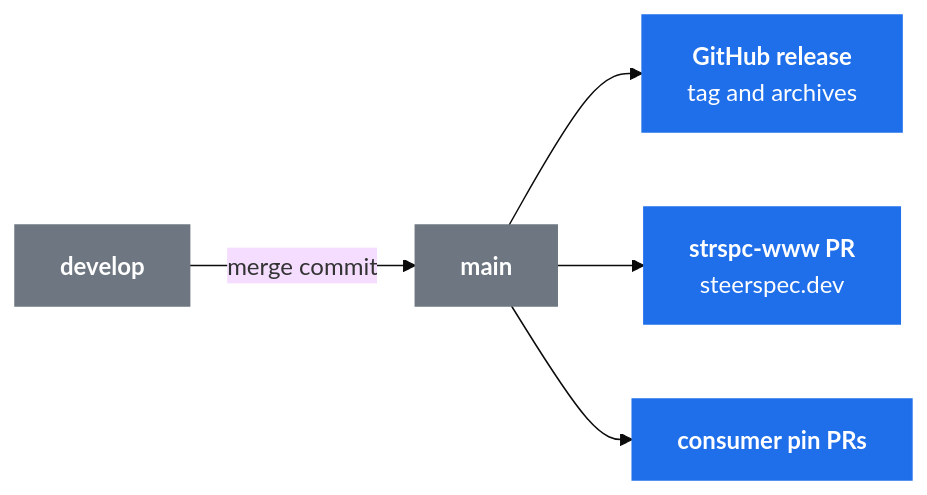
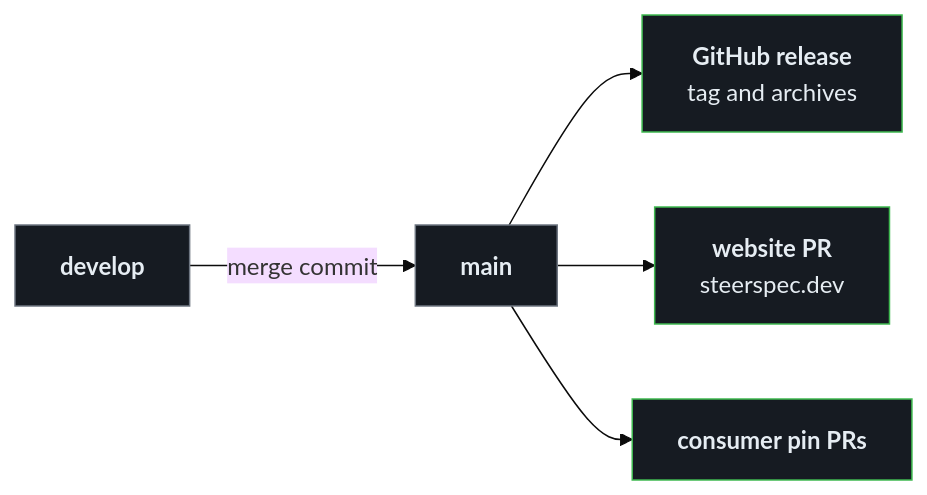
Before and after one commit to SteerSpec/strspc-rules: the third of 3 diagrams in README.md, drawn with Mermaid (base theme). The commit also changed other lines of this file, not shown here.

````diff
--- a/README.md
+++ b/README.md
@@ -181,18 +219,18 @@
 ```mermaid
 flowchart LR
     D["<b>develop</b>"]
     M["<b>main</b>"]
     G["<b>GitHub release</b><br/>tag and archives"]
-    W["<b>strspc-www PR</b><br/>steerspec.dev"]
+    W["<b>website PR</b><br/>steerspec.dev"]
     C["<b>consumer pin PRs</b>"]
 
     D -->|merge commit| M
     M --> G
     M --> W
     M --> C
 
-    classDef branch fill:#6e7781,stroke:#6e7781,color:#ffffff
-    classDef output fill:#1f6feb,stroke:#1f6feb,color:#ffffff
+    classDef branch fill:#161B22,stroke:#6E7681,color:#E6EDF3
+    classDef output fill:#161B22,stroke:#3FB950,color:#E6EDF3
     class D,M branch
     class G,W,C output
 ```
````
